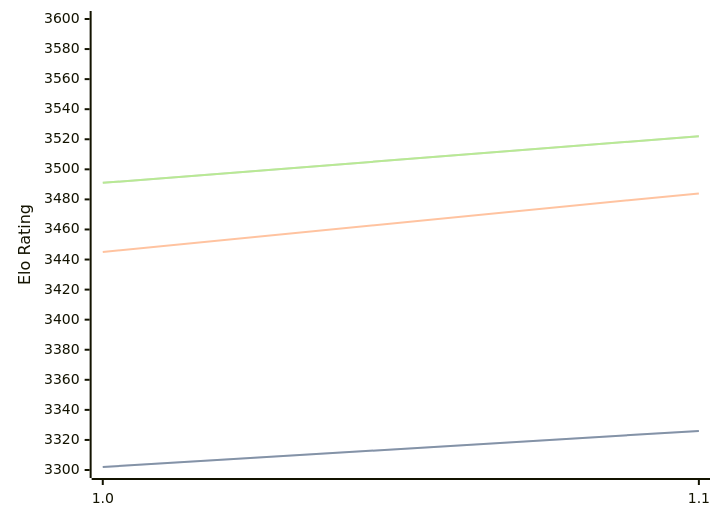
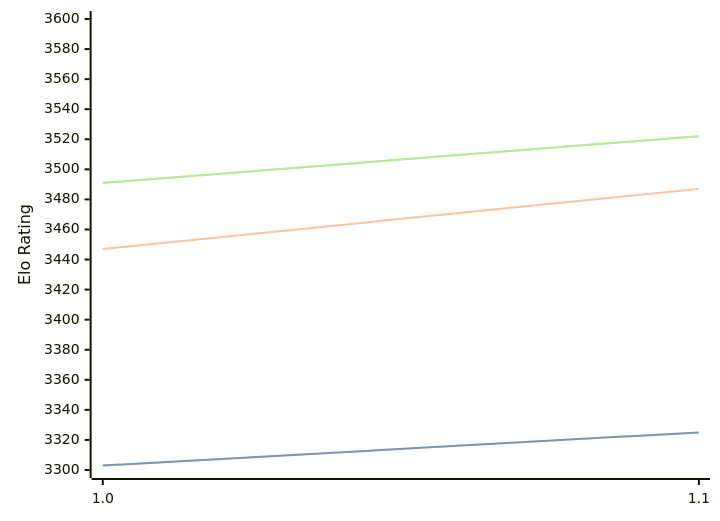
Before and after one commit to computer-chess-index/cci: the third of 3 diagrams in engines/Icarus.md, drawn with Mermaid. The commit also changed other lines of this file, not shown here.

````diff
--- a/engines/Icarus.md
+++ b/engines/Icarus.md
@@ -65,11 +65,11 @@
 ```mermaid
 %%{init: {"theme":"base","themeVariables":{"seriesColors:['#a3a3a3','#222221','#faa371']}}}%%
 xychart-beta
   x-axis ["1.0", "1.1"]
   y-axis "Elo Rating" 3300 --> 3600
-  line "STC (8.0+0.08s)" [3302, 3326]
-  line "STC (8.0+0.08s)" [3302, 3326]
-  line "LTC (60.0+0.60s)" [3445, 3484]
+  line "STC (8.0+0.08s)" [3303, 3325]
+  line "STC (8.0+0.08s)" [3303, 3325]
+  line "LTC (60.0+0.60s)" [3447, 3487]
   line "VLTC (2m24s+1.12s)" [3491, 3522]
   line "VLTC (2m24s+1.12s)" [3491, 3522]
 ```
````
